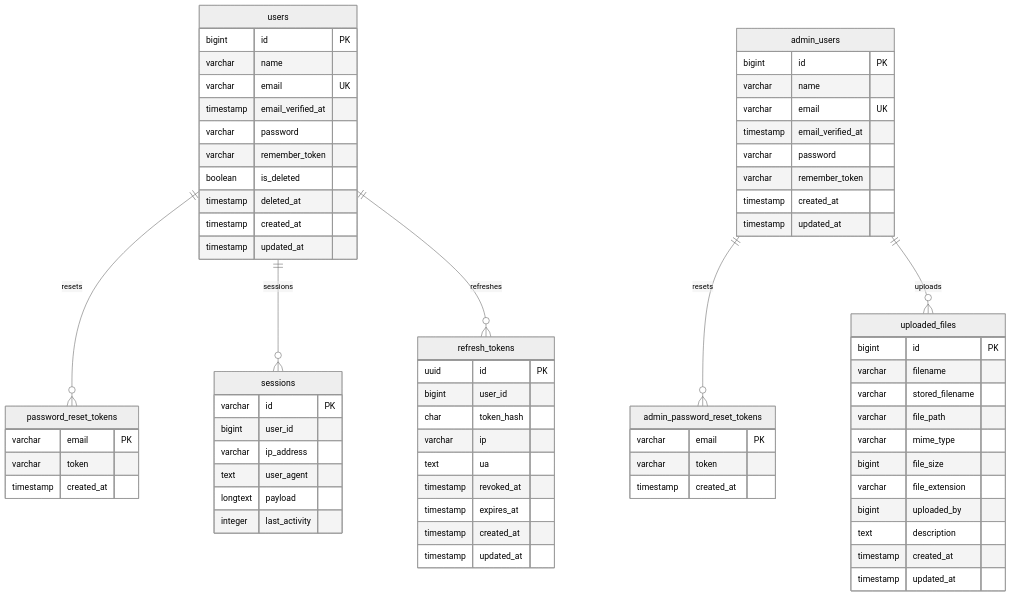
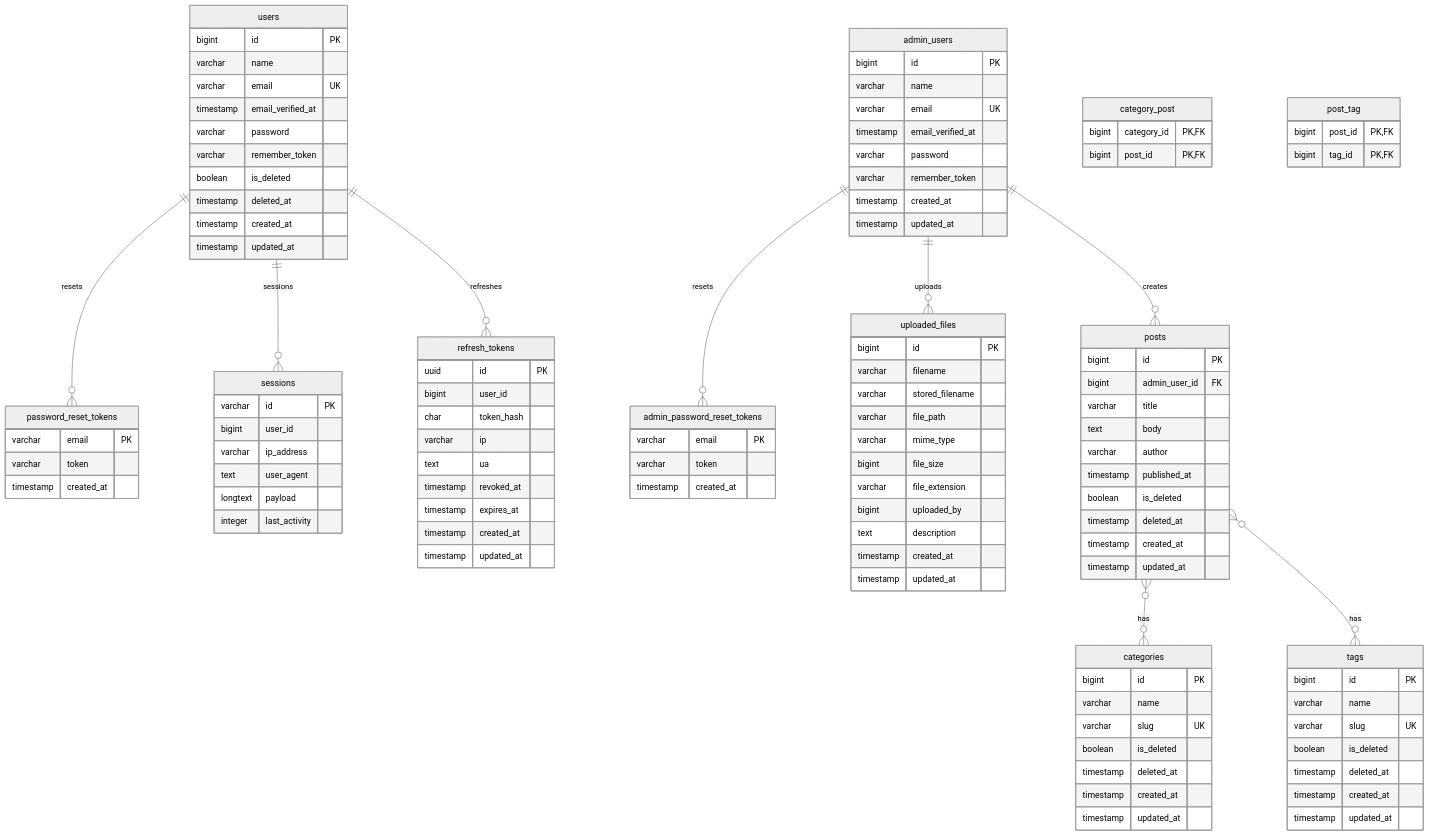
The second of 2 diagrams in .cursor/rules/app-overview.mdc (DesignSupply/startify-app), drawn with Mermaid (neutral theme) before and after one commit. The commit also changed other lines of this file and 1 other file, not shown here.

Commit message:
[update] ドキュメント更新

````diff
--- a/.cursor/rules/app-overview.mdc
+++ b/.cursor/rules/app-overview.mdc
@@ -213,9 +258,55 @@
         timestamp updated_at
     }
 
+    posts {
+        bigint id PK
+        bigint admin_user_id FK
+        varchar title
+        text body
+        varchar author
+        timestamp published_at
+        boolean is_deleted
+        timestamp deleted_at
+        timestamp created_at
+        timestamp updated_at
+    }
+
+    categories {
+        bigint id PK
+        varchar name
+        varchar slug UK
+        boolean is_deleted
+        timestamp deleted_at
+        timestamp created_at
+        timestamp updated_at
+    }
+
+    tags {
+        bigint id PK
+        varchar name
+        varchar slug UK
+        boolean is_deleted
+        timestamp deleted_at
+        timestamp created_at
+        timestamp updated_at
+    }
+
+    category_post {
+        bigint category_id PK,FK
+        bigint post_id PK,FK
+    }
+
+    post_tag {
+        bigint post_id PK,FK
+        bigint tag_id PK,FK
+    }
+
     users ||--o{ password_reset_tokens : "resets"
     admin_users ||--o{ admin_password_reset_tokens : "resets"
     admin_users ||--o{ uploaded_files : "uploads"
     users ||--o{ sessions : "sessions"
     users ||--o{ refresh_tokens : "refreshes"
+    admin_users ||--o{ posts : "creates"
+    posts }o--o{ categories : "has"
+    posts }o--o{ tags : "has"
 ```
````
